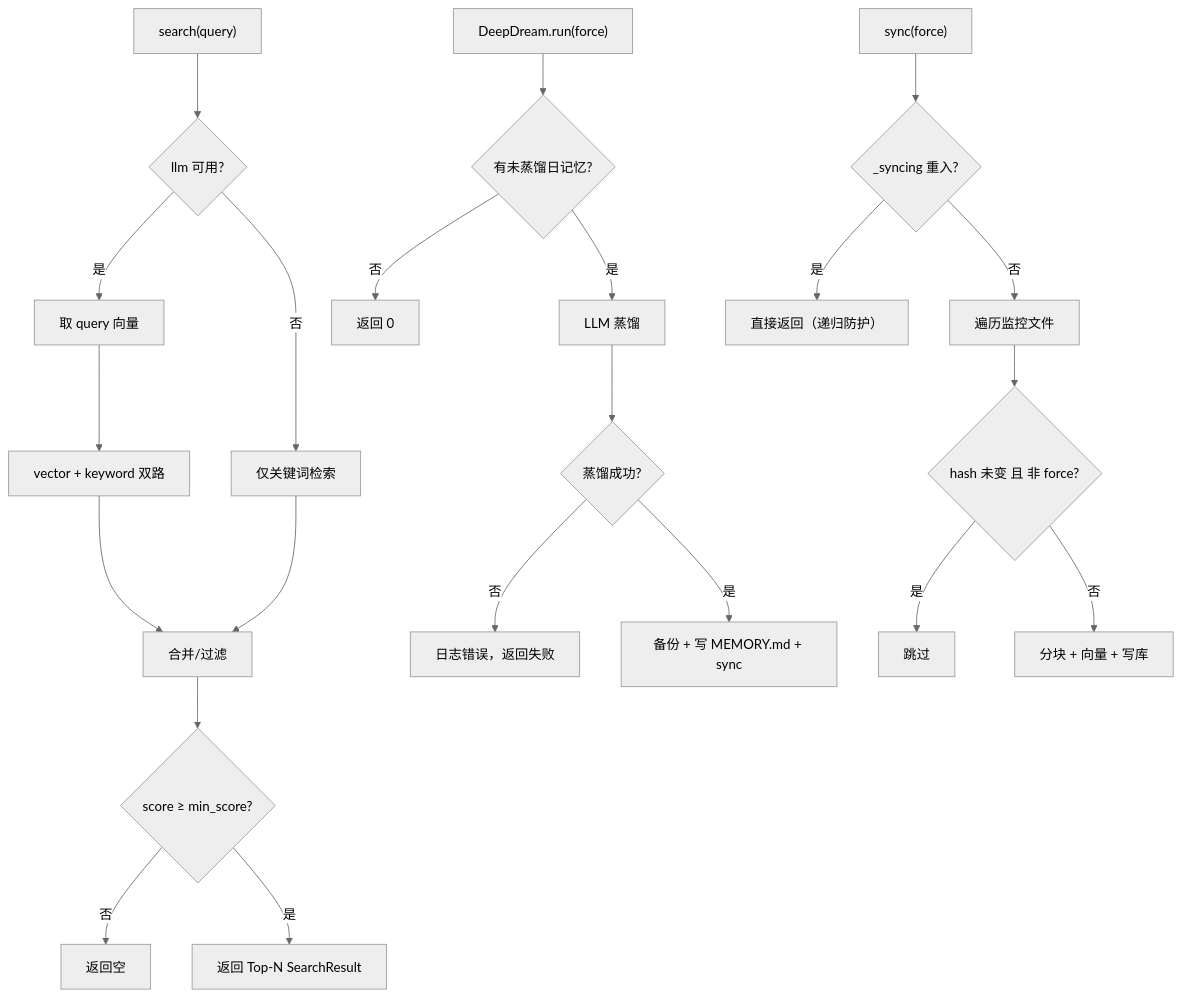
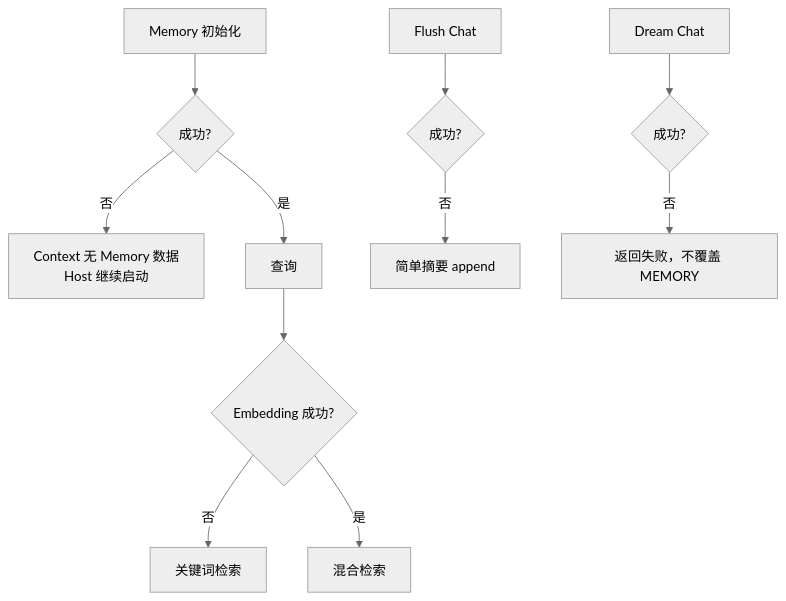
Diagram 18 of 22 in docs/wiki/Memory 模块总体说明.md (aandbcct/dotClaw), drawn with Mermaid (neutral theme) before and after one commit. The commit also changed other lines of this file and 8 other files, not shown here.

````diff
--- a/docs/wiki/Memory 模块总体说明.md
+++ b/docs/wiki/Memory 模块总体说明.md
@@ -221,26 +1808,13 @@
 ```mermaid
-flowchart TB
-    Q["search(query)"] --> V{"llm 可用?"}
-    V -->|是| V1["取 query 向量"]
-    V -->|否| K1["仅关键词检索"]
-    V1 --> V2["vector + keyword 双路"]
-    K1 --> M["合并/过滤"]
-    V2 --> M
-    M --> M1{"score ≥ min_score?"}
-    M1 -->|否| R0["返回空"]
-    M1 -->|是| R1["返回 Top-N SearchResult"]
-
-    D["DeepDream.run(force)"] --> D0{"有未蒸馏日记忆?"}
-    D0 -->|否| D00["返回 0"]
-    D0 -->|是| D1["LLM 蒸馏"]
-    D1 --> D2{"蒸馏成功?"}
-    D2 -->|否| D20["日志错误，返回失败"]
-    D2 -->|是| D3["备份 + 写 MEMORY.md + sync"]
-
-    S["sync(force)"] --> S0{"_syncing 重入?"}
-    S0 -->|是| S00["直接返回（递归防护）"]
-    S0 -->|否| S1["遍历监控文件"]
-    S1 --> S2{"hash 未变 且 非 force?"}
-    S2 -->|是| S3["跳过"]
-    S2 -->|否| S4["分块 + 向量 + 写库"]
+flowchart TD
+    Init["Memory 初始化"] --> InitOk{"成功?"}
+    InitOk -->|否| NoMemory["Context 无 Memory 数据<br/>Host 继续启动"]
+    InitOk -->|是| Search["查询"]
+    Search --> EmbedOk{"Embedding 成功?"}
+    EmbedOk -->|否| Keyword["关键词检索"]
+    EmbedOk -->|是| Hybrid["混合检索"]
+    Flush["Flush Chat"] --> FlushOk{"成功?"}
+    FlushOk -->|否| Fallback["简单摘要 append"]
+    Dream["Dream Chat"] --> DreamOk{"成功?"}
+    DreamOk -->|否| DreamFail["返回失败，不覆盖 MEMORY"]
 ```
````
